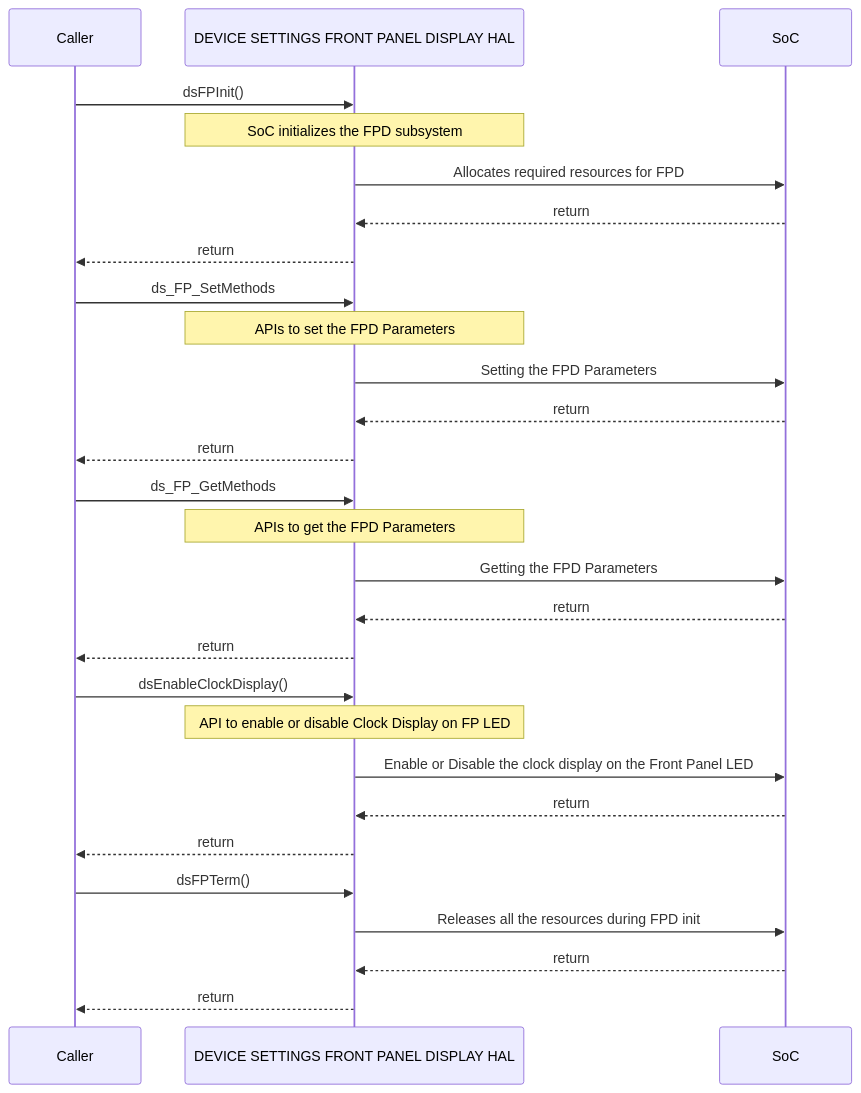
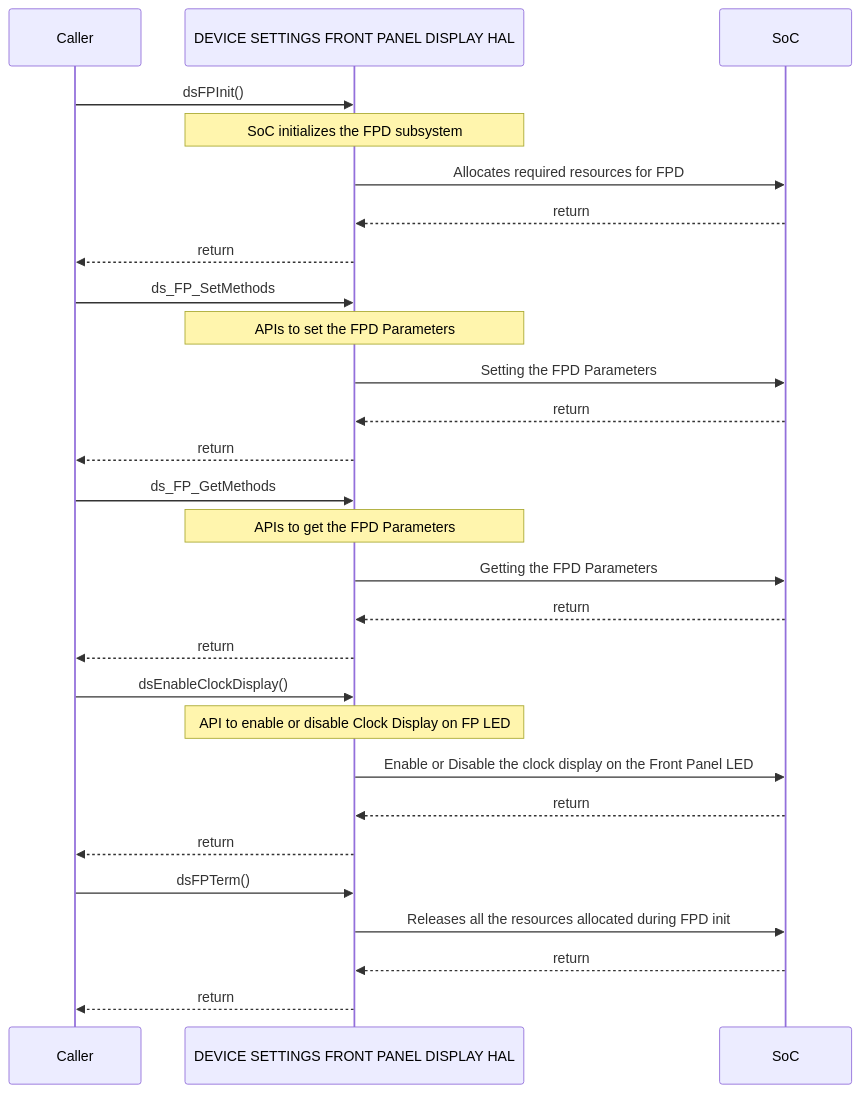
One commit to rdkcentral/rdk-halif-device_settings changed the second of 2 diagrams in docs/pages/FrontPanelDisplay_halSpec.md. Above: the diagram before and after it, drawn with Mermaid.

````diff
--- a/docs/pages/FrontPanelDisplay_halSpec.md
+++ b/docs/pages/FrontPanelDisplay_halSpec.md
@@ -178,32 +178,32 @@
 ```mermaid
 %%{ init : { "theme" : "default", "flowchart" : { "curve" : "stepBefore" }}}%%
    sequenceDiagram
     participant Caller as Caller
     participant HAL as DEVICE SETTINGS FRONT PANEL DISPLAY HAL
     participant Driver as SoC
     Caller->>HAL:dsFPInit()
     Note over HAL: SoC initializes the FPD subsystem
     HAL->>Driver: Allocates required resources for FPD
     Driver-->>HAL:return
     HAL-->>Caller:return
     Caller->>HAL: ds_FP_SetMethods
     Note over HAL: APIs to set the FPD Parameters
     HAL->>Driver:Setting the FPD Parameters
     Driver-->>HAL:return
     HAL-->>Caller:return
     Caller->>HAL: ds_FP_GetMethods
     Note over HAL: APIs to get the FPD Parameters
     HAL->>Driver:Getting the FPD Parameters
     Driver-->>HAL:return
     HAL-->>Caller:return
     Caller->>HAL:dsEnableClockDisplay()
     Note over HAL: API to enable or disable Clock Display on FP LED
     HAL->>Driver: Enable or Disable the clock display on the Front Panel LED
     Driver-->>HAL:return
     HAL-->>Caller:return
     Caller ->>HAL:dsFPTerm()
-    HAL ->> Driver: Releases all the resources during FPD init
+    HAL ->> Driver: Releases all the resources allocated during FPD init
     Driver-->>HAL:return
     HAL-->>Caller:return
 
  ```
````
